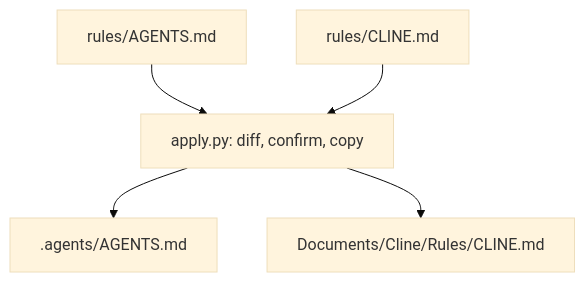
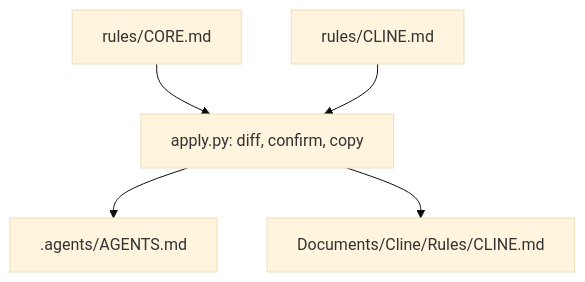
One commit to nemoe7/clankers changed the diagram in rules/README.md. Above: the diagram before and after it, drawn with Mermaid (base theme). The commit also changed other lines of this file and 10 other files, not shown here.

Commit message:
refactor(rules): rename generic core source files

````diff
--- a/rules/README.md
+++ b/rules/README.md
@@ -57,7 +57,7 @@
 ```mermaid
 flowchart TB
-  S[rules/AGENTS.md] --> A[apply.py: diff, confirm, copy]
+  S[rules/CORE.md] --> A[apply.py: diff, confirm, copy]
   C[rules/CLINE.md] --> A
   A --> G[.agents/AGENTS.md]
   A --> K[Documents/Cline/Rules/CLINE.md]
 ```
````
